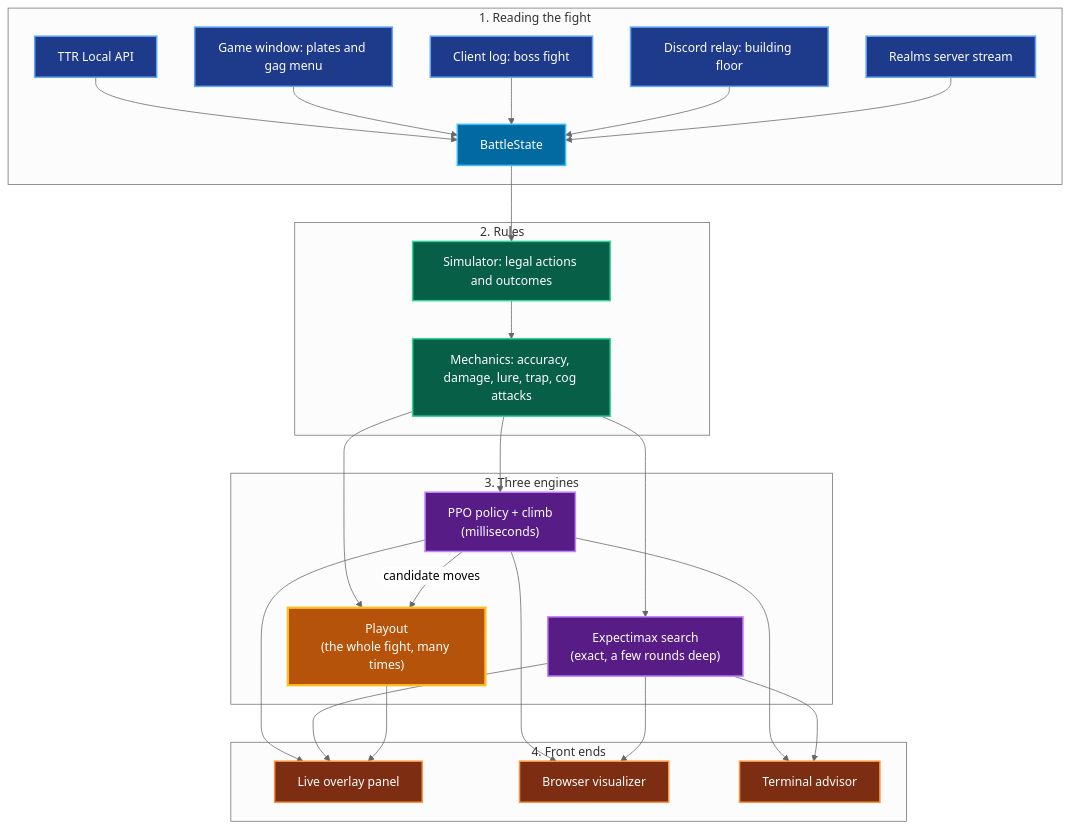
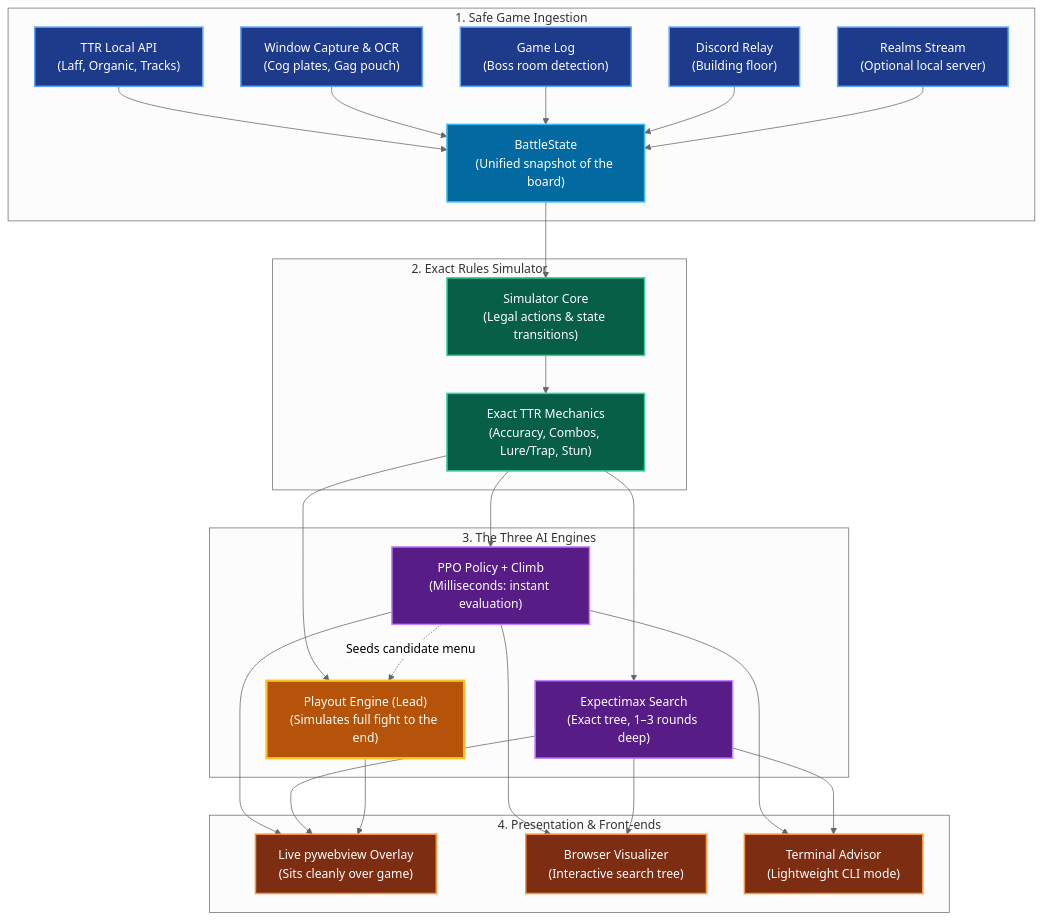
One commit to Angle-Brackets/TTRSolver changed the second of 5 diagrams in README.md. Above: the diagram before and after it, drawn with Mermaid (neutral theme). The commit also changed other lines of this file and 8 other files, not shown here.

Commit message:
docs: overhaul documentation and readmes with clean styling, diagrams, and formatting

````diff
--- a/README.md
+++ b/README.md
@@ -48,46 +80,46 @@
 ```mermaid
 flowchart TD
     classDef inputStyle fill:#1e3a8a,stroke:#60a5fa,stroke-width:2px,color:#ffffff
     classDef stateStyle fill:#0369a1,stroke:#38bdf8,stroke-width:2px,color:#ffffff
     classDef simStyle fill:#065f46,stroke:#34d399,stroke-width:2px,color:#ffffff
     classDef engineStyle fill:#581c87,stroke:#c084fc,stroke-width:2px,color:#ffffff
     classDef leadStyle fill:#b45309,stroke:#fbbf24,stroke-width:3px,color:#ffffff
     classDef uiStyle fill:#7c2d12,stroke:#fb923c,stroke-width:2px,color:#ffffff
 
-    subgraph Ingestion["1. Reading the fight"]
-        L["TTR Local API"] --> BS["BattleState"]
-        V["Game window: plates and gag menu"] --> BS
-        G["Client log: boss fight"] --> BS
-        D["Discord relay: building floor"] --> BS
-        A["Realms server stream"] --> BS
+    subgraph Ingestion["1. Safe Game Ingestion"]
+        L["TTR Local API<br/>(Laff, Organic, Tracks)"] --> BS["BattleState<br/>(Unified snapshot of the board)"]
+        V["Window Capture & OCR<br/>(Cog plates, Gag pouch)"] --> BS
+        G["Game Log<br/>(Boss room detection)"] --> BS
+        D["Discord Relay<br/>(Building floor)"] --> BS
+        A["Realms Stream<br/>(Optional local server)"] --> BS
     end
 
-    subgraph Simulation["2. Rules"]
-        BS --> SIM["Simulator: legal actions and outcomes"]
-        SIM --> ACC["Mechanics: accuracy, damage, lure, trap, cog attacks"]
+    subgraph Simulation["2. Exact Rules Simulator"]
+        BS --> SIM["Simulator Core<br/>(Legal actions & state transitions)"]
+        SIM --> ACC["Exact TTR Mechanics<br/>(Accuracy, Combos, Lure/Trap, Stun)"]
     end
 
-    subgraph Engines["3. Three engines"]
-        ACC --> E1["PPO policy + climb<br/>(milliseconds)"]
-        ACC --> E2["Expectimax search<br/>(exact, a few rounds deep)"]
-        ACC --> E3["Playout<br/>(the whole fight, many times)"]
-        E1 -- "candidate moves" --> E3
+    subgraph Engines["3. The Three AI Engines"]
+        ACC --> E1["PPO Policy + Climb<br/>(Milliseconds: instant evaluation)"]
+        ACC --> E2["Expectimax Search<br/>(Exact tree, 1–3 rounds deep)"]
+        ACC --> E3["Playout Engine (Lead)<br/>(Simulates full fight to the end)"]
+        E1 -. "Seeds candidate menu" .-> E3
     end
 
-    subgraph Presentation["4. Front ends"]
-        E1 --> UI1["Live overlay panel"]
+    subgraph Presentation["4. Presentation & Front-ends"]
+        E1 --> UI1["Live pywebview Overlay<br/>(Sits cleanly over game)"]
         E2 --> UI1
         E3 --> UI1
-        E1 --> UI2["Browser visualizer"]
+        E1 --> UI2["Browser Visualizer<br/>(Interactive search tree)"]
         E2 --> UI2
-        E1 --> UI3["Terminal advisor"]
+        E1 --> UI3["Terminal Advisor<br/>(Lightweight CLI mode)"]
         E2 --> UI3
     end
 
     class L,V,G,D,A inputStyle
     class BS stateStyle
     class SIM,ACC simStyle
     class E1,E2 engineStyle
     class E3 leadStyle
     class UI1,UI2,UI3 uiStyle
 ```
````
